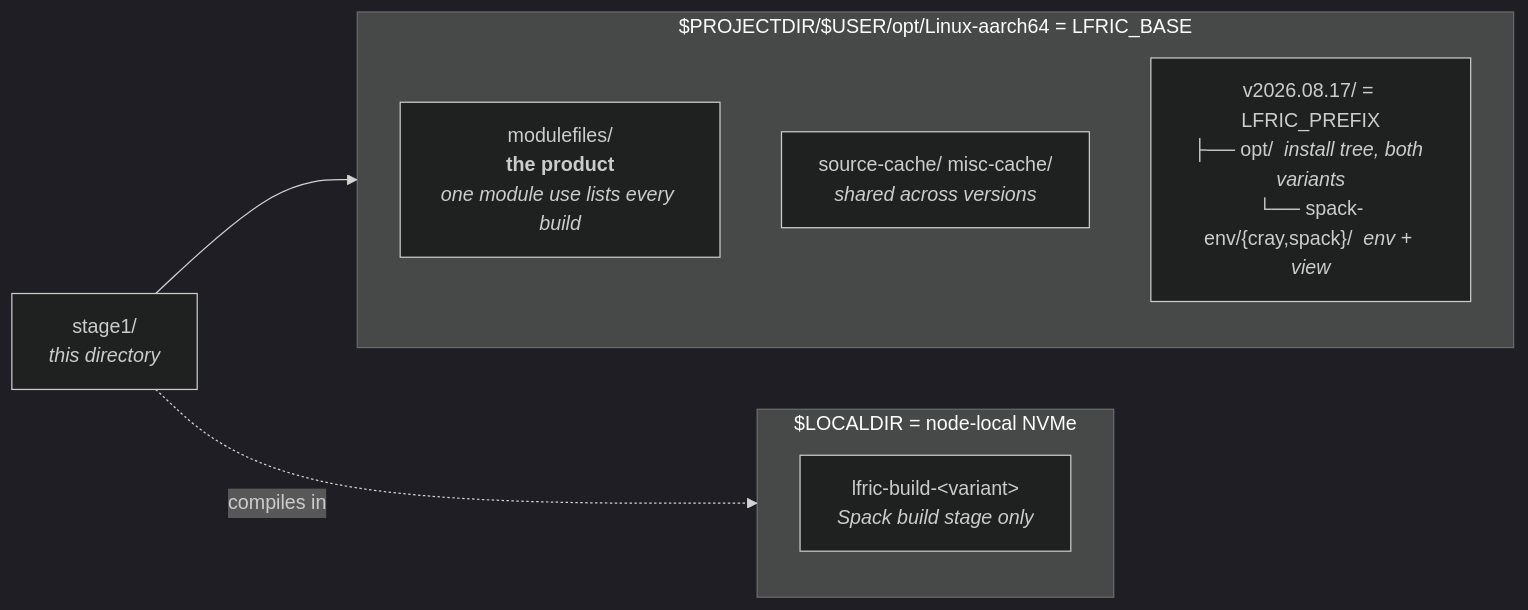
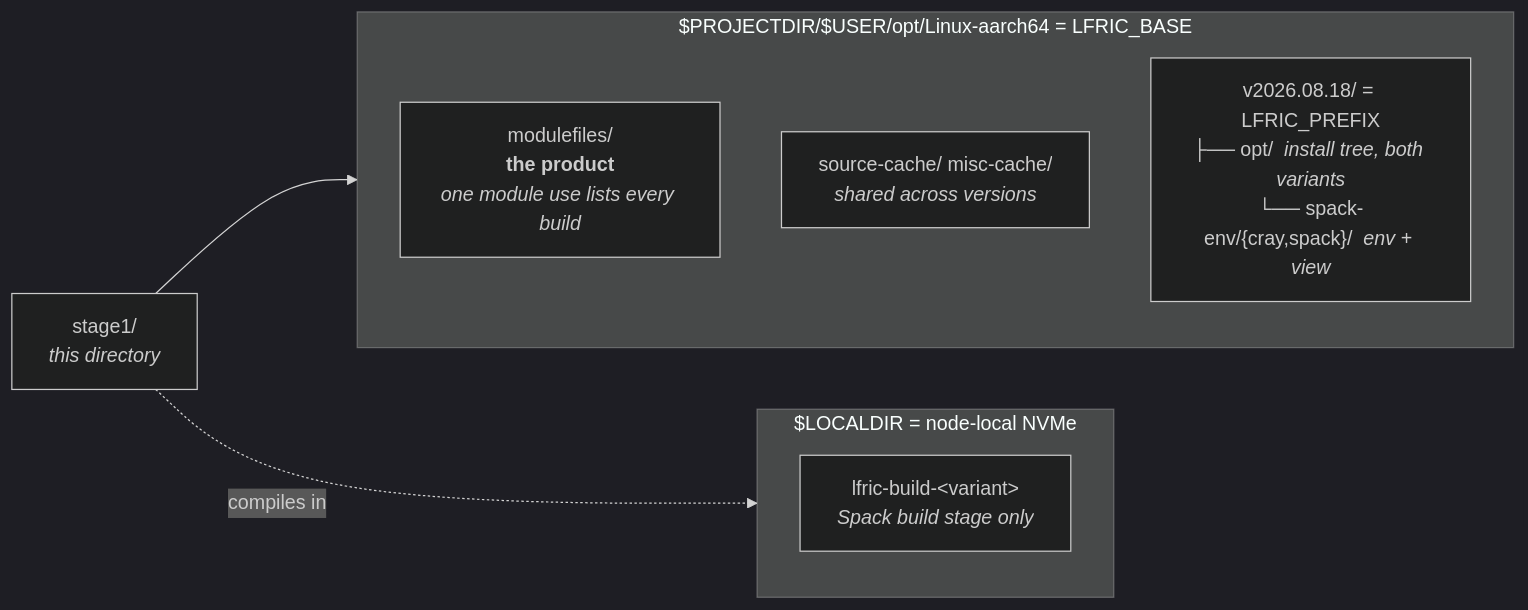
The second of 2 diagrams in stage1/README.md (ickc/lfric-env-isambard), drawn with Mermaid (dark theme) before and after one commit. The commit also changed other lines of this file and 2 other files, not shown here.

````diff
--- a/stage1/README.md
+++ b/stage1/README.md
@@ -76,14 +76,14 @@
 ```mermaid
 flowchart LR
     subgraph P["$PROJECTDIR/$USER/opt/Linux-aarch64 = LFRIC_BASE"]
         direction TB
         M["modulefiles/<br/><b>the product</b><br/><i>one module use lists every build</i>"]
         C["source-cache/ misc-cache/<br/><i>shared across versions</i>"]
-        V["v2026.08.17/ = LFRIC_PREFIX<br/>├── opt/  <i>install tree, both variants</i><br/>└── spack-env/{cray,spack}/  <i>env + view</i>"]
+        V["v2026.08.18/ = LFRIC_PREFIX<br/>├── opt/  <i>install tree, both variants</i><br/>└── spack-env/{cray,spack}/  <i>env + view</i>"]
     end
     subgraph L["$LOCALDIR = node-local NVMe"]
         W["lfric-build-&lt;variant&gt;<br/><i>Spack build stage only</i>"]
     end
     R["stage1/<br/><i>this directory</i>"] --> P
     R -.->|"compiles in"| L
 ```
````
